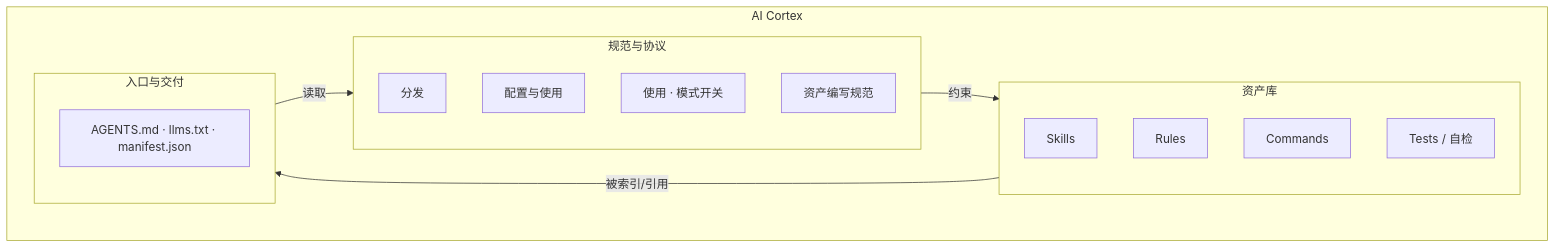
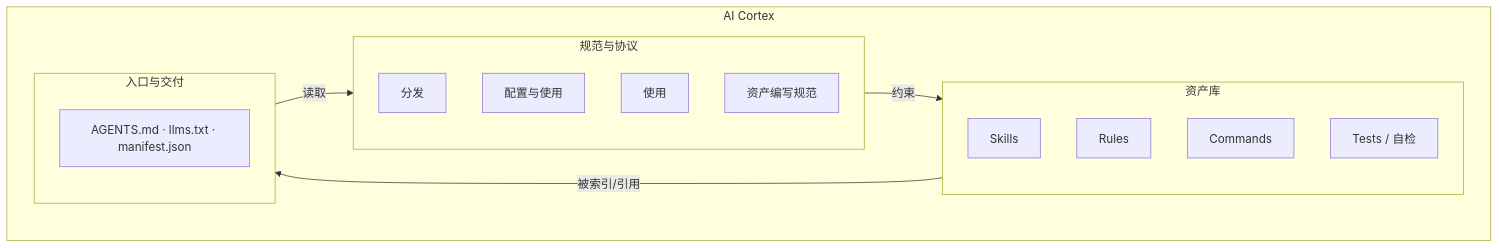
Before and after one commit to nesnilnehc/ai-cortex: the second of 2 diagrams in docs/architecture.md, drawn with Mermaid. The commit also changed other lines of this file and 10 other files, not shown here.

````diff
--- a/docs/architecture.md
+++ b/docs/architecture.md
@@ -53,23 +53,23 @@
 ```mermaid
 flowchart TB
   subgraph cortex [AI Cortex]
     subgraph assets [资产库]
       Skills[Skills]
       Rules[Rules]
       Commands[Commands]
       Tests[Tests / 自检]
     end
     subgraph spec [规范与协议]
       Dist[分发]
       Config[配置与使用]
-      Usage[使用 · 模式开关]
+      Usage[使用]
       AssetSpec[资产编写规范]
     end
     subgraph delivery [入口与交付]
       Entry[AGENTS.md · llms.txt · manifest.json]
     end
   end
   spec -->|约束| assets
   assets -->|被索引/引用| delivery
   delivery -->|读取| spec
 ```
````
